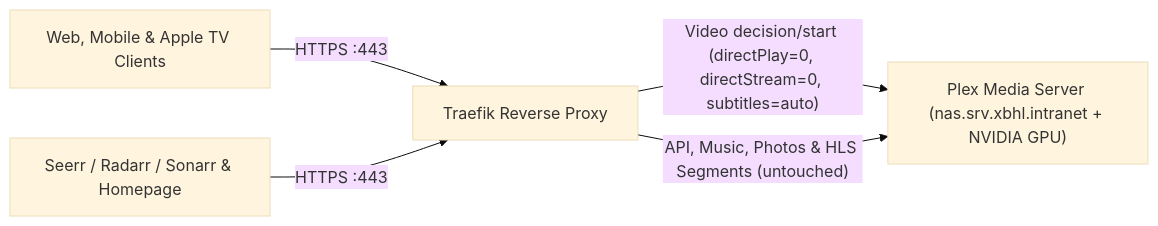
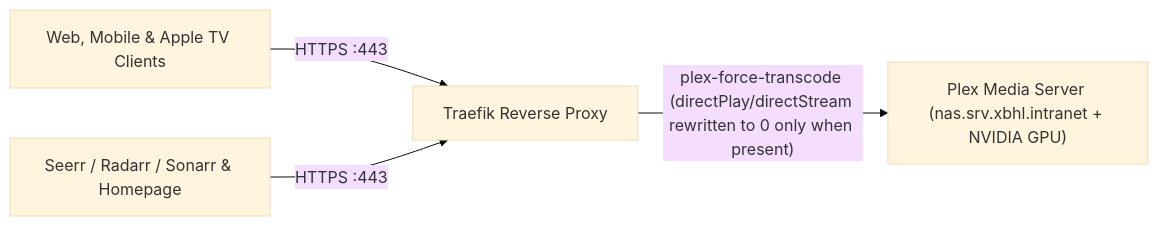
Before and after one commit to lbarczynski-home-lab/plex: the diagram in README.md, drawn with Mermaid (base theme). The commit also changed other lines of this file and 1 other file, not shown here.

Commit message:
fix(plex): restore working plex-force-transcode modify middleware for Apple TV

````diff
--- a/README.md
+++ b/README.md
@@ -19,7 +19,6 @@
 ```mermaid
 flowchart LR
     Clients["Web, Mobile & Apple TV Clients"] -->|"HTTPS :443"| Traefik["Traefik Reverse Proxy"]
     Ecosystem["Seerr / Radarr / Sonarr & Homepage"] -->|"HTTPS :443"| Traefik
-    Traefik -->|"Video decision/start (directPlay=0, directStream=0, subtitles=auto)"| Plex["Plex Media Server (nas.srv.xbhl.intranet + NVIDIA GPU)"]
-    Traefik -->|"API, Music, Photos & HLS Segments (untouched)"| Plex
+    Traefik -->|"plex-force-transcode (directPlay/directStream rewritten to 0 only when present)"| Plex["Plex Media Server (nas.srv.xbhl.intranet + NVIDIA GPU)"]
 ```
````
